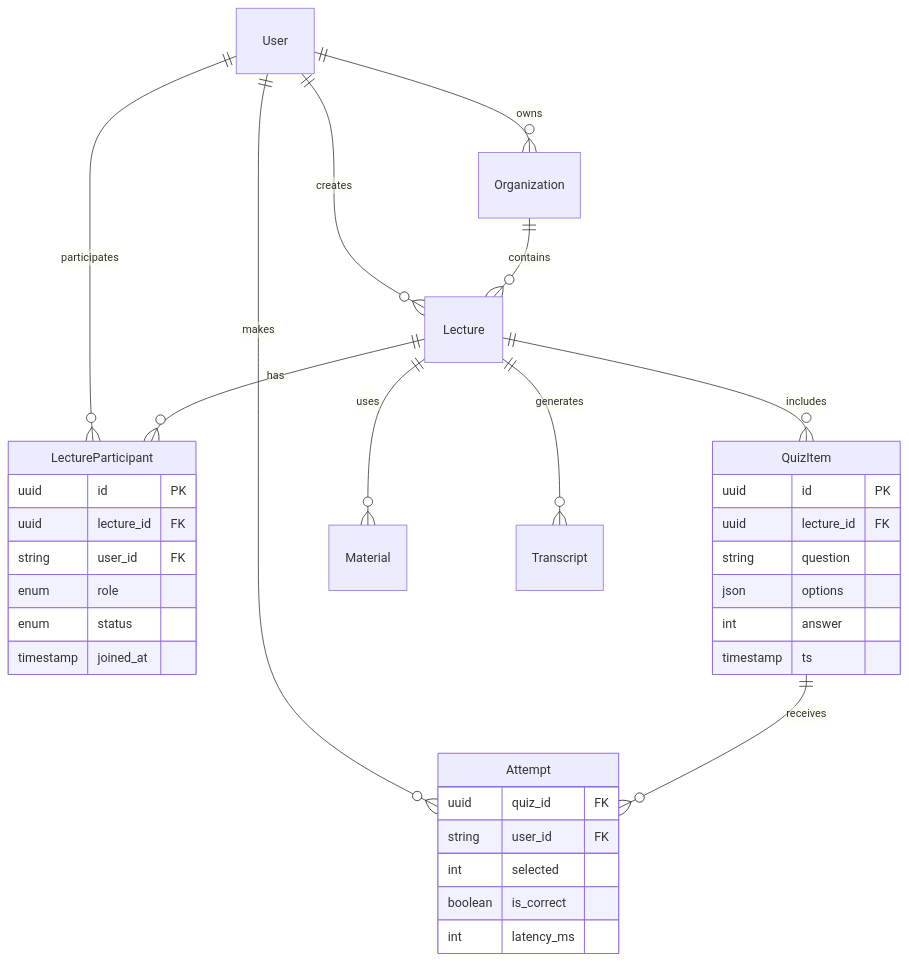
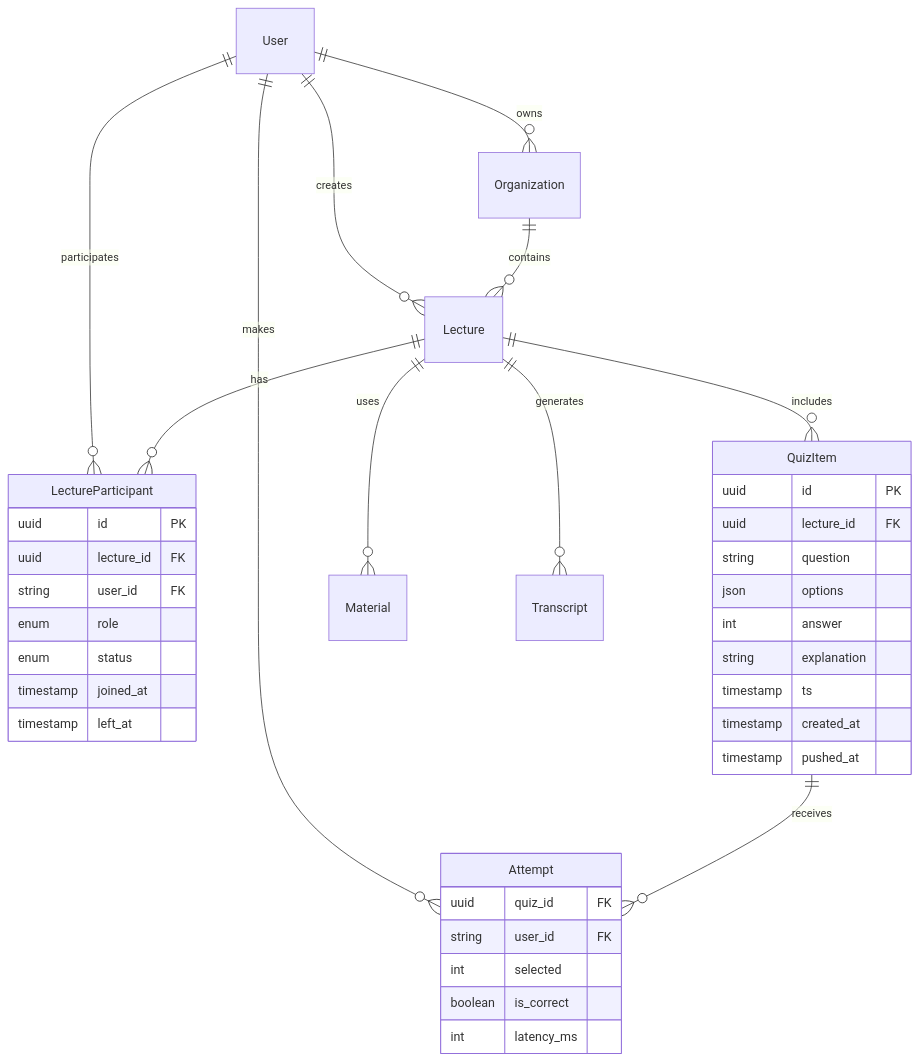
One commit to GeminiProjects/quizgen changed the third of 5 diagrams in docs/architecture.md. Above: the diagram before and after it, drawn with Mermaid. The commit also changed other lines of this file and 4 other files, not shown here.

````diff
--- a/docs/architecture.md
+++ b/docs/architecture.md
@@ -181,42 +181,46 @@
 ```mermaid
 erDiagram
     User ||--o{ Organization : owns
     User ||--o{ Lecture : creates
     User ||--o{ LectureParticipant : participates
     User ||--o{ Attempt : makes
     
     Organization ||--o{ Lecture : contains
     
     Lecture ||--o{ LectureParticipant : has
     Lecture ||--o{ QuizItem : includes
     Lecture ||--o{ Material : uses
     Lecture ||--o{ Transcript : generates
     
     QuizItem ||--o{ Attempt : receives
     
     LectureParticipant {
         uuid id PK
         uuid lecture_id FK
         string user_id FK
         enum role
         enum status
         timestamp joined_at
+        timestamp left_at
     }
     
     QuizItem {
         uuid id PK
         uuid lecture_id FK
         string question
         json options
         int answer
+        string explanation
         timestamp ts
+        timestamp created_at
+        timestamp pushed_at
     }
     
     Attempt {
         uuid quiz_id FK
         string user_id FK
         int selected
         boolean is_correct
         int latency_ms
     }
 ```
````
